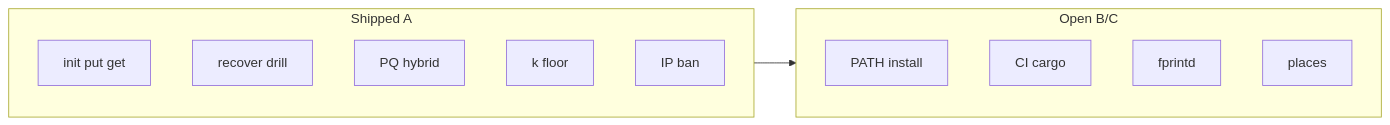
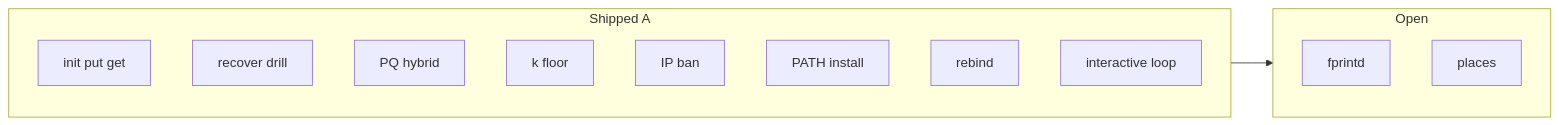
The second of 10 diagrams in arch-design/coming-next-keeper.md (p10ns11y/arch-machine), drawn with Mermaid before and after one commit. The commit also changed other lines of this file and 14 other files, not shown here.

First line of the commit message:
feat(security): keeper PATH install, rebind, and secure interactive loop

````diff
--- a/arch-design/coming-next-keeper.md
+++ b/arch-design/coming-next-keeper.md
@@ -56,17 +56,18 @@
 ```mermaid
 flowchart LR
   subgraph shipped["Shipped A"]
     A1[init put get]
     A2[recover drill]
     A3[PQ hybrid]
     A4[k floor]
     A5[IP ban]
+    A6[PATH install]
+    A7[rebind]
+    A8[interactive loop]
   end
-  subgraph next["Open B/C"]
-    B1[PATH install]
-    B2[CI cargo]
+  subgraph next["Open"]
     B3[fprintd]
     B4[places]
   end
   shipped --> next
 ```
````
